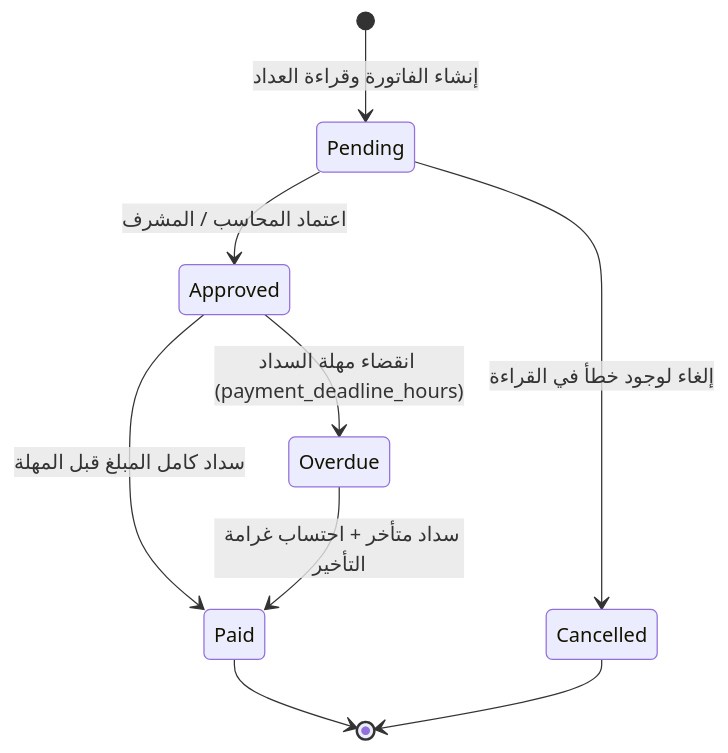
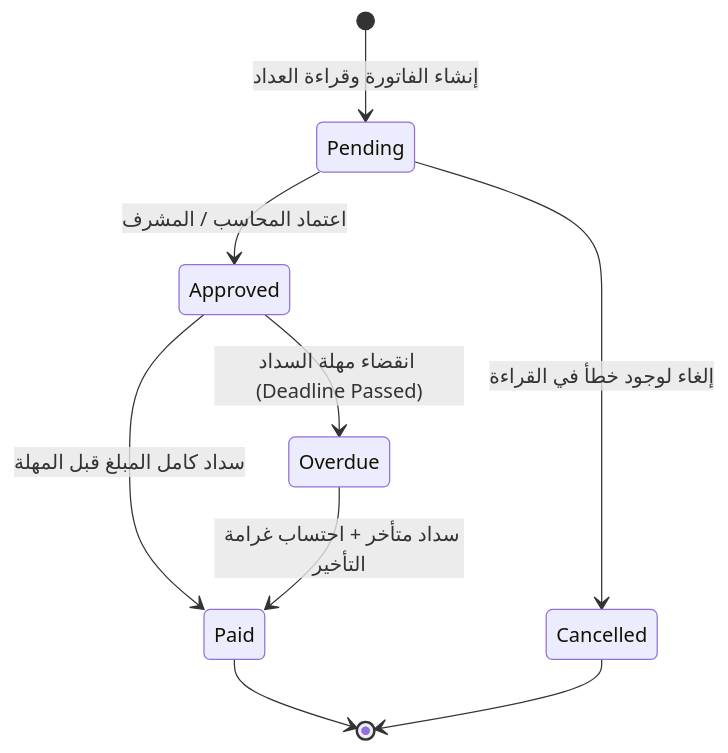
Before and after one commit to mushtaqalfaqih/ElectricityBillingSystem: the fifth of 6 diagrams in README.md, drawn with Mermaid. The commit also changed other lines of this file and 7 other files, not shown here.

Commit message:
docs: embed high-resolution rendered diagram images in README

````diff
--- a/README.md
+++ b/README.md
@@ -269,11 +307,11 @@
 ```mermaid
 stateDiagram-v2
     [*] --> Pending : إنشاء الفاتورة وقراءة العداد
     Pending --> Approved : اعتماد المحاسب / المشرف
     Pending --> Cancelled : إلغاء لوجود خطأ في القراءة
     Approved --> Paid : سداد كامل المبلغ قبل المهلة
-    Approved --> Overdue : انقضاء مهلة السداد (payment_deadline_hours)
+    Approved --> Overdue : انقضاء مهلة السداد (Deadline Passed)
     Overdue --> Paid : سداد متأخر + احتساب غرامة التأخير
     Paid --> [*]
     Cancelled --> [*]
 ```
````
